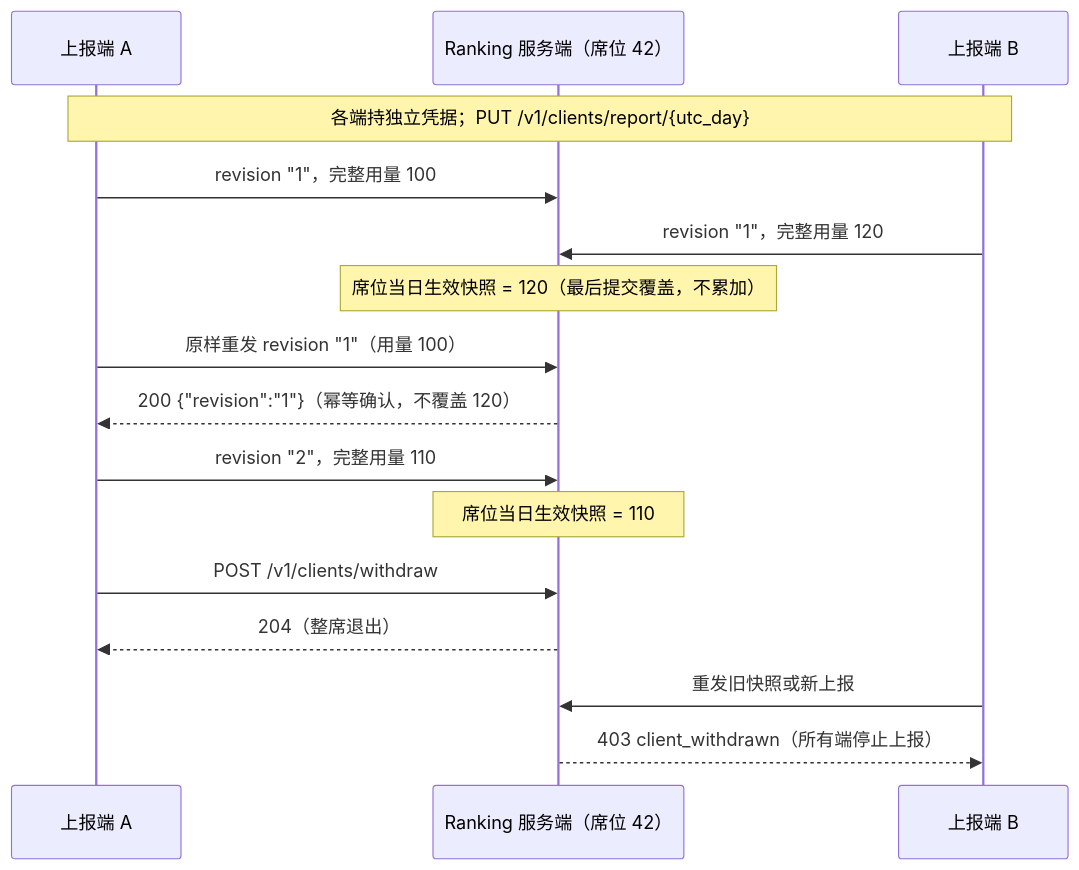
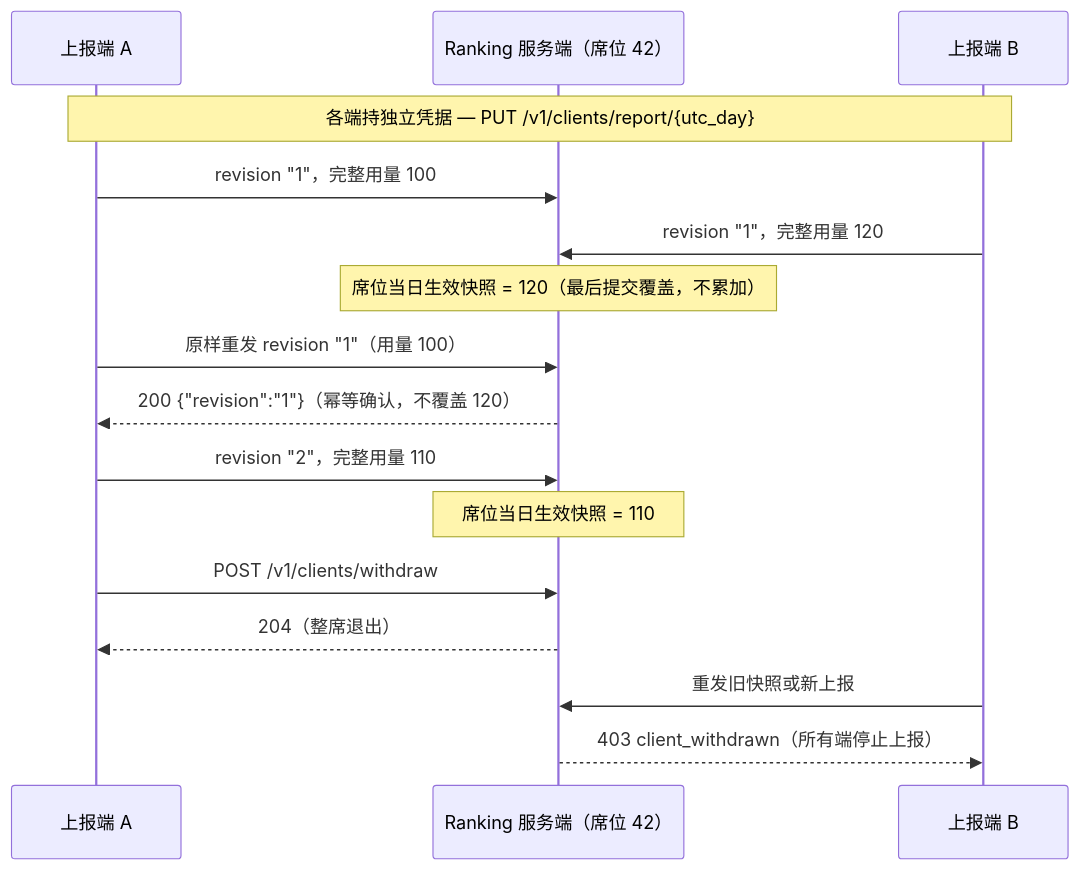
Before and after one commit to router-for-me/cpa-usage-ranking: the second of 2 diagrams in docs/integration.zh.md, drawn with Mermaid. The commit also changed other lines of this file and 1 other file, not shown here.

Commit message:
docs(integration): fix Mermaid syntax, OAuth failure recovery, and readability

````diff
--- a/docs/integration.zh.md
+++ b/docs/integration.zh.md
@@ -120,18 +128,18 @@
 ```mermaid
 sequenceDiagram
     participant A as 上报端 A
     participant R as Ranking 服务端（席位 42）
     participant B as 上报端 B
-    Note over A,B: 各端持独立凭据；PUT /v1/clients/report/{utc_day}
+    Note over A,B: 各端持独立凭据 — PUT /v1/clients/report/{utc_day}
     A->>R: revision "1"，完整用量 100
     B->>R: revision "1"，完整用量 120
     Note over R: 席位当日生效快照 = 120（最后提交覆盖，不累加）
     A->>R: 原样重发 revision "1"（用量 100）
     R-->>A: 200 {"revision":"1"}（幂等确认，不覆盖 120）
     A->>R: revision "2"，完整用量 110
     Note over R: 席位当日生效快照 = 110
     A->>R: POST /v1/clients/withdraw
     R-->>A: 204（整席退出）
     B->>R: 重发旧快照或新上报
     R-->>B: 403 client_withdrawn（所有端停止上报）
 ```
````
